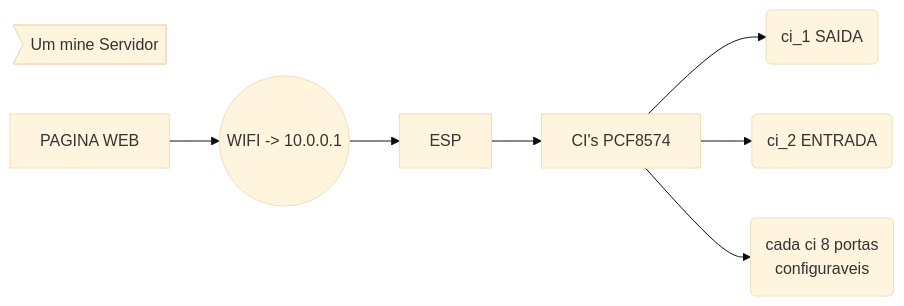
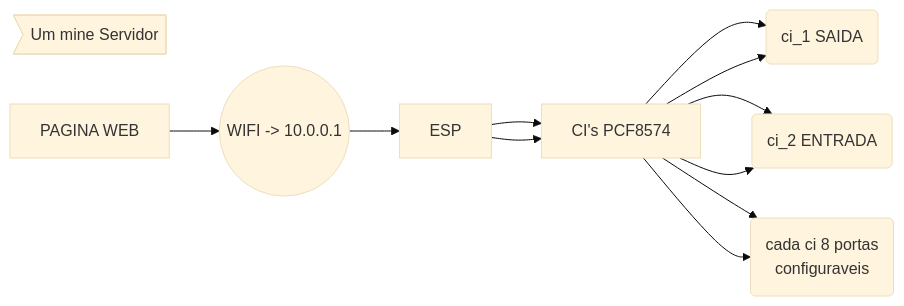
One commit to Condiolov/AppCasa changed the third of 4 diagrams in README.md. Above: the diagram before and after it, drawn with Mermaid (base theme).

````diff
--- a/README.md
+++ b/README.md
@@ -42,10 +42,14 @@
 ```mermaid
 graph LR
 NOTA>Um mine Servidor]
 A[PAGINA WEB] --> B((WIFI -> 10.0.0.1))
 B --> D[ESP]
 D --> E[CI's PCF8574]
 E-->F(ci_1 SAIDA)
 E-->G(ci_2 ENTRADA)
 E-->H(cada ci 8 portas<br/> configuraveis)
+D --> E[CI's PCF8574]
+E-->F(ci_1 SAIDA)
+E-->G(ci_2 ENTRADA)
+E-->H(cada ci 8 portas<br/> configuraveis)
 ```
````
